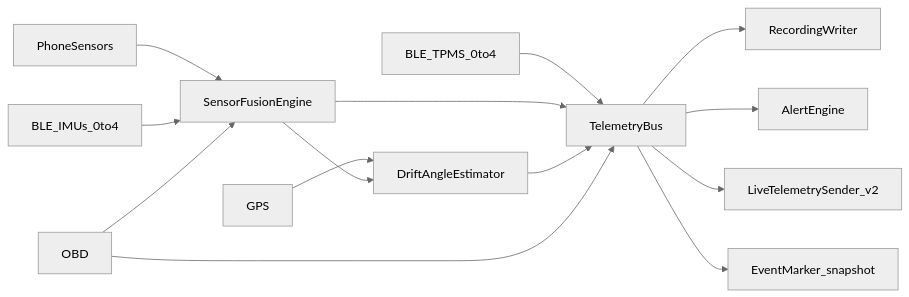
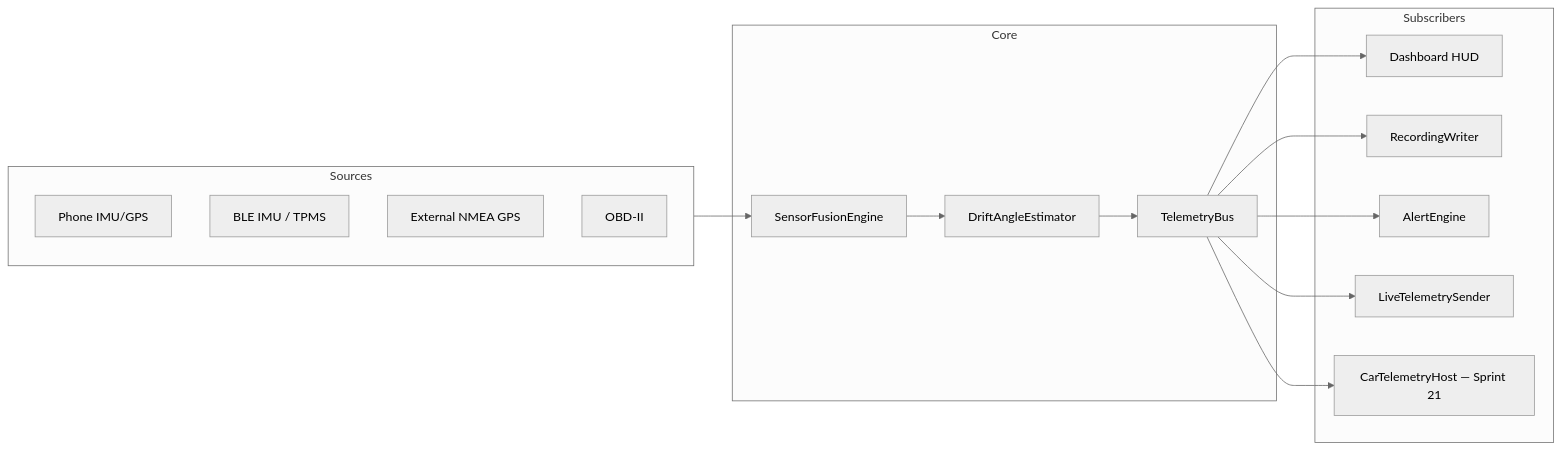
The diagram in BUILD_PLAN.md (edwardlthompson/ExpeditionGauge), drawn with Mermaid (neutral theme) before and after one commit. The commit also changed other lines of this file and 292 other files, not shown here.

````diff
--- a/BUILD_PLAN.md
+++ b/BUILD_PLAN.md
@@ -233,16 +109,23 @@
 ```mermaid
 flowchart LR
-  Phone[PhoneSensors] --> Fusion[SensorFusionEngine]
-  BLE[BLE_IMUs_0to4] --> Fusion
-  TPMS[BLE_TPMS_0to4] --> Bus
-  OBD[OBD] --> Fusion
-  GPS[GPS] --> Drift[DriftAngleEstimator]
-  Fusion --> Drift
-  Fusion --> Bus[TelemetryBus]
-  Drift --> Bus
-  OBD --> Bus
-  Bus --> Record[RecordingWriter]
-  Bus --> Alerts[AlertEngine]
-  Bus --> Live[LiveTelemetrySender_v2]
-  Bus --> Events[EventMarker_snapshot]
+  subgraph sources [Sources]
+    Phone[Phone IMU/GPS]
+    BLE[BLE IMU / TPMS]
+    ExtGPS[External NMEA GPS]
+    OBD[OBD-II]
+  end
+  subgraph core [Core]
+    Fusion[SensorFusionEngine]
+    Bus[TelemetryBus]
+    Drift[DriftAngleEstimator]
+  end
+  subgraph sinks [Subscribers]
+    HUD[Dashboard HUD]
+    Rec[RecordingWriter]
+    Alert[AlertEngine]
+    Live[LiveTelemetrySender]
+    Car[CarTelemetryHost — Sprint 21]
+  end
+  sources --> Fusion --> Drift --> Bus
+  Bus --> HUD & Rec & Alert & Live & Car
 ```
````
